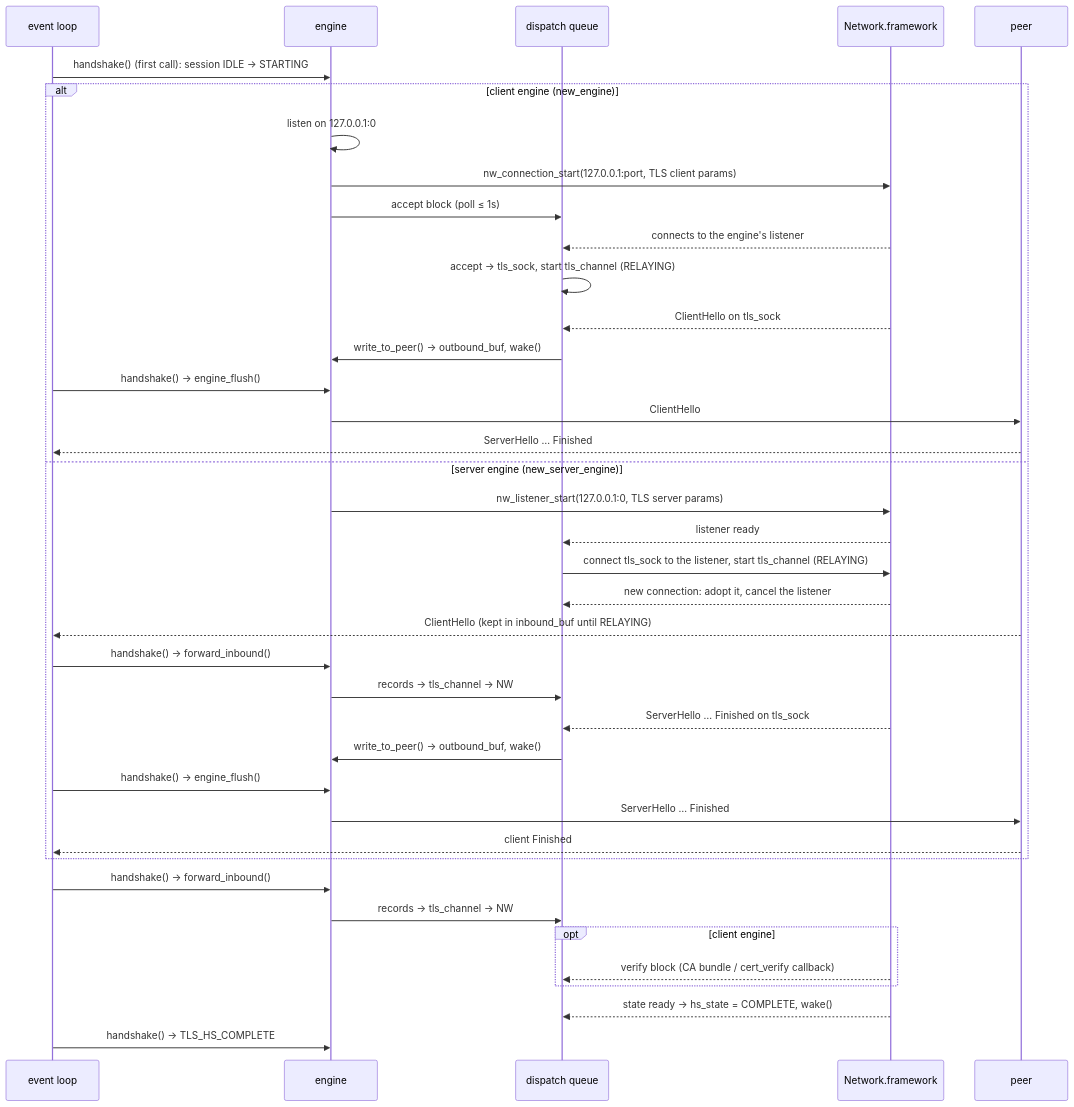
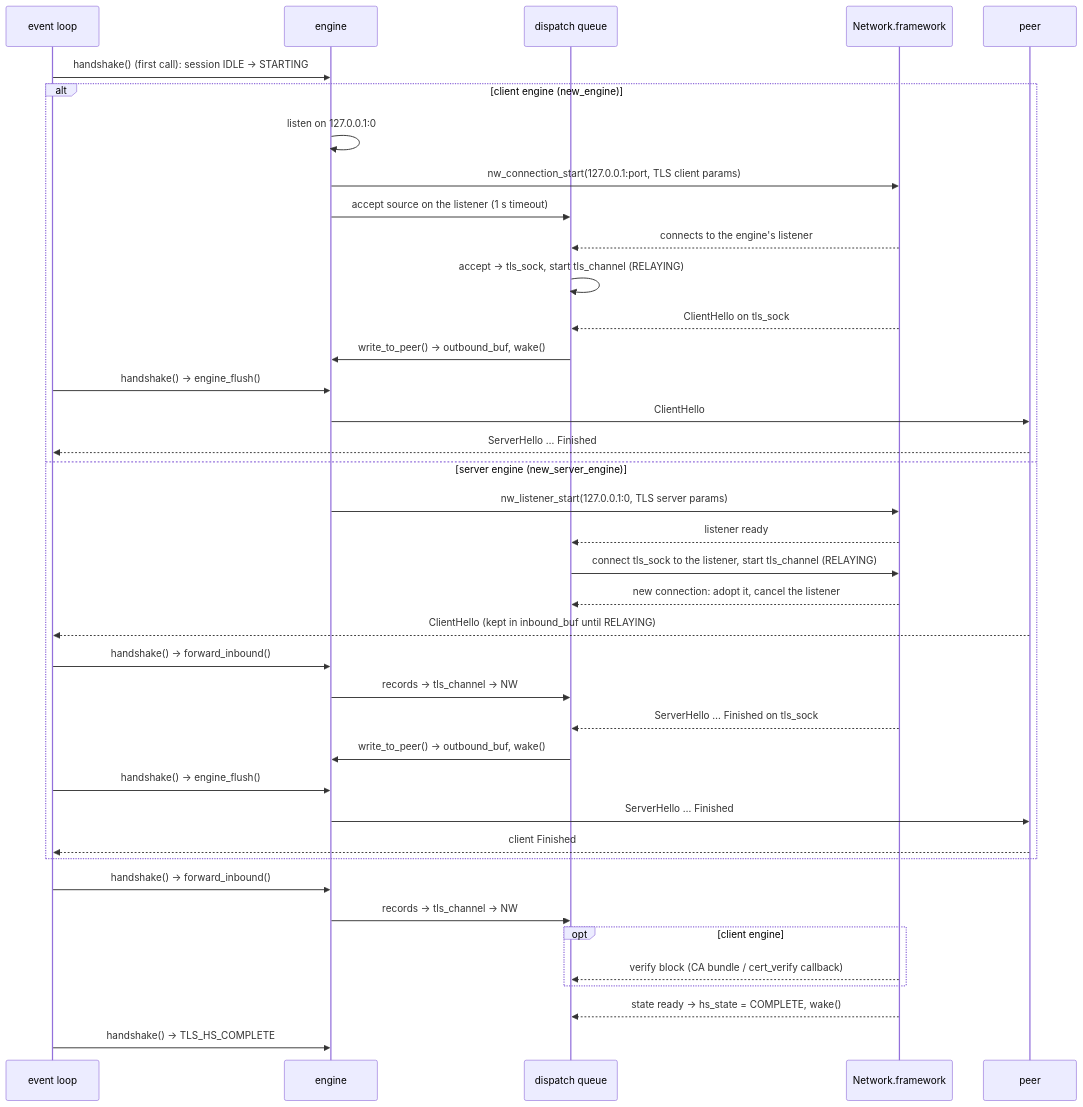
One commit to openziti/tlsuv changed the second of 2 diagrams in src/applesec/README.md. Above: the diagram before and after it, drawn with Mermaid. The commit also changed other lines of this file and 1 other file, not shown here.

````diff
--- a/src/applesec/README.md
+++ b/src/applesec/README.md
@@ -123,42 +126,42 @@
 ```mermaid
 sequenceDiagram
     participant L as event loop
     participant E as engine
     participant Q as dispatch queue
     participant N as Network.framework
     participant P as peer
 
     L->>E: handshake() (first call): session IDLE → STARTING
     alt client engine (new_engine)
         E->>E: listen on 127.0.0.1:0
         E->>N: nw_connection_start(127.0.0.1:port, TLS client params)
-        E->>Q: accept block (poll ≤ 1s)
+        E->>Q: accept source on the listener (1 s timeout)
         N-->>Q: connects to the engine's listener
         Q->>Q: accept → tls_sock, start tls_channel (RELAYING)
         N-->>Q: ClientHello on tls_sock
         Q->>E: write_to_peer() → outbound_buf, wake()
         L->>E: handshake() → engine_flush()
         E->>P: ClientHello
         P-->>L: ServerHello … Finished
     else server engine (new_server_engine)
         E->>N: nw_listener_start(127.0.0.1:0, TLS server params)
         N-->>Q: listener ready
         Q->>N: connect tls_sock to the listener, start tls_channel (RELAYING)
         N-->>Q: new connection: adopt it, cancel the listener
         P-->>L: ClientHello (kept in inbound_buf until RELAYING)
         L->>E: handshake() → forward_inbound()
         E->>Q: records → tls_channel → NW
         N-->>Q: ServerHello … Finished on tls_sock
         Q->>E: write_to_peer() → outbound_buf, wake()
         L->>E: handshake() → engine_flush()
         E->>P: ServerHello … Finished
         P-->>L: client Finished
     end
     L->>E: handshake() → forward_inbound()
     E->>Q: records → tls_channel → NW
     opt client engine
         N-->>Q: verify block (CA bundle / cert_verify callback)
     end
     N-->>Q: state ready → hs_state = COMPLETE, wake()
     L->>E: handshake() → TLS_HS_COMPLETE
 ```
````
